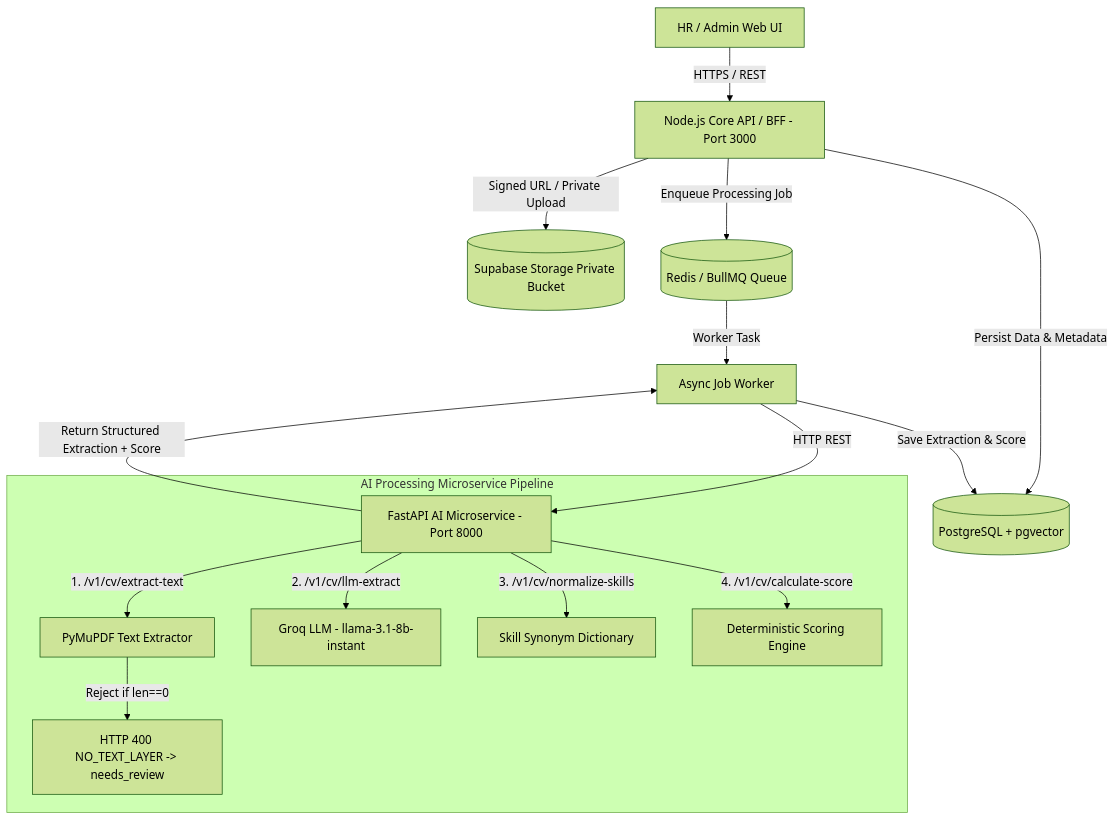
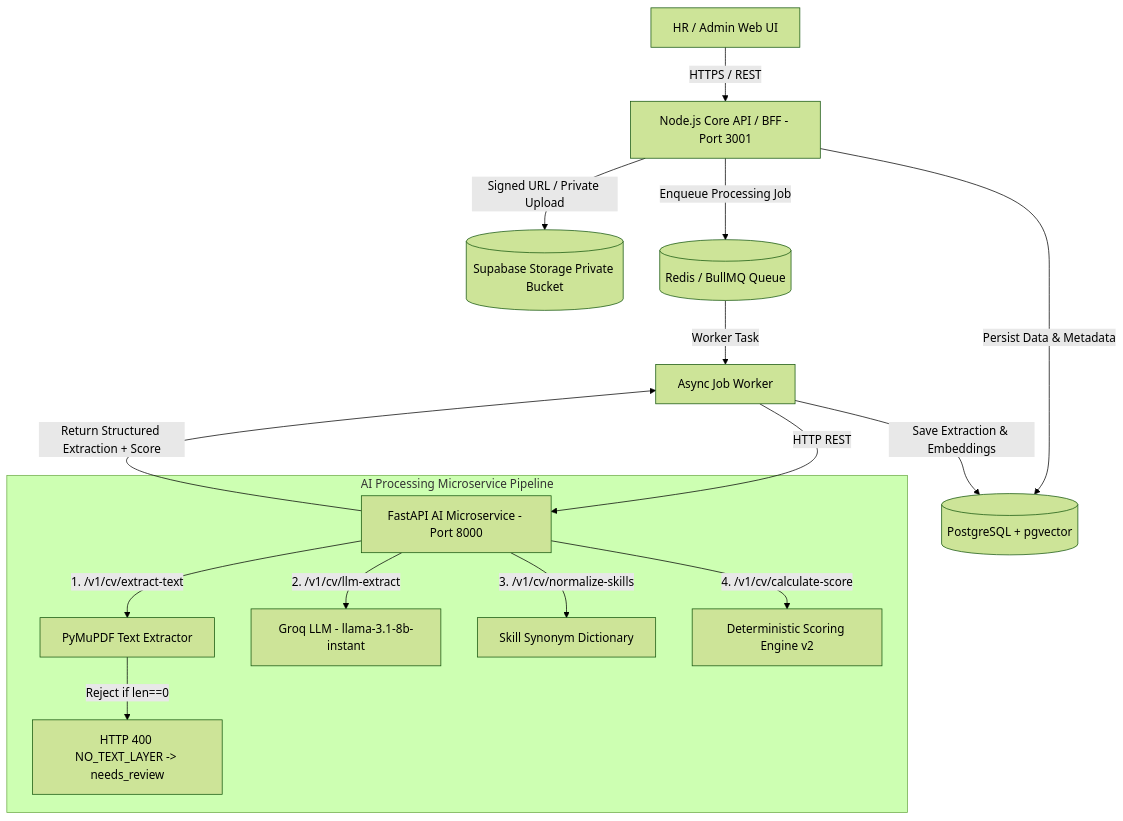
The first of 2 diagrams in ARCHITECTURE.md (aditlab-code/resumix-ai), drawn with Mermaid (forest theme) before and after one commit. The commit also changed other lines of this file and 5 other files, not shown here.

````diff
--- a/ARCHITECTURE.md
+++ b/ARCHITECTURE.md
@@ -11,20 +12,20 @@
 ```mermaid
 graph TD
-    User[HR / Admin Web UI] -->|HTTPS / REST| API[Node.js Core API / BFF - Port 3000]
+    User[HR / Admin Web UI] -->|HTTPS / REST| API[Node.js Core API / BFF - Port 3001]
     API -->|Signed URL / Private Upload| Storage[(Supabase Storage Private Bucket)]
     API -->|Persist Data & Metadata| DB[(PostgreSQL + pgvector)]
     API -->|Enqueue Processing Job| Queue[(Redis / BullMQ Queue)]
     Queue -->|Worker Task| Worker[Async Job Worker]
     Worker -->|HTTP REST| AIService[FastAPI AI Microservice - Port 8000]
     
     subgraph AI Processing Microservice Pipeline
         AIService -->|1. /v1/cv/extract-text| PyMuPDF[PyMuPDF Text Extractor]
         PyMuPDF -->|Reject if len==0| Reject[HTTP 400 NO_TEXT_LAYER -> needs_review]
         AIService -->|2. /v1/cv/llm-extract| LLM[Groq LLM - llama-3.1-8b-instant]
         AIService -->|3. /v1/cv/normalize-skills| Normalizer[Skill Synonym Dictionary]
-        AIService -->|4. /v1/cv/calculate-score| Scoring[Deterministic Scoring Engine]
+        AIService -->|4. /v1/cv/calculate-score| Scoring[Deterministic Scoring Engine v2]
     end
 
     AIService -->|Return Structured Extraction + Score| Worker
-    Worker -->|Save Extraction & Score| DB
+    Worker -->|Save Extraction & Embeddings| DB
 ```
````
